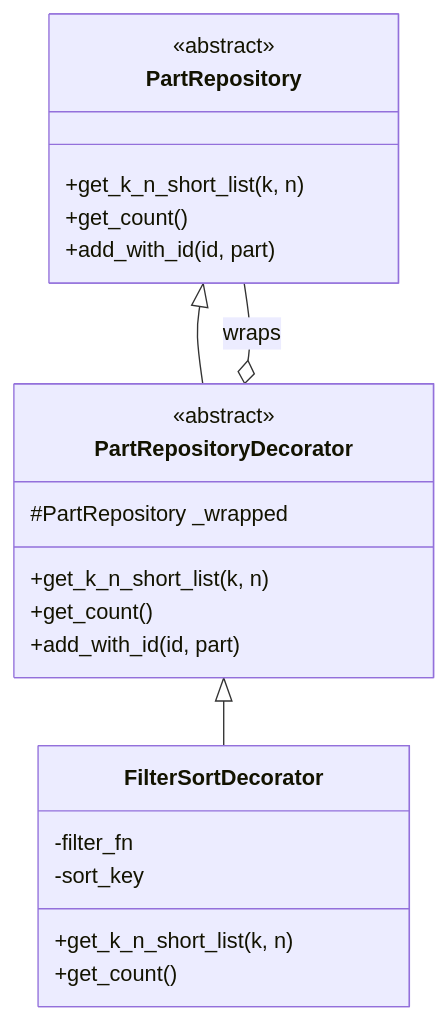
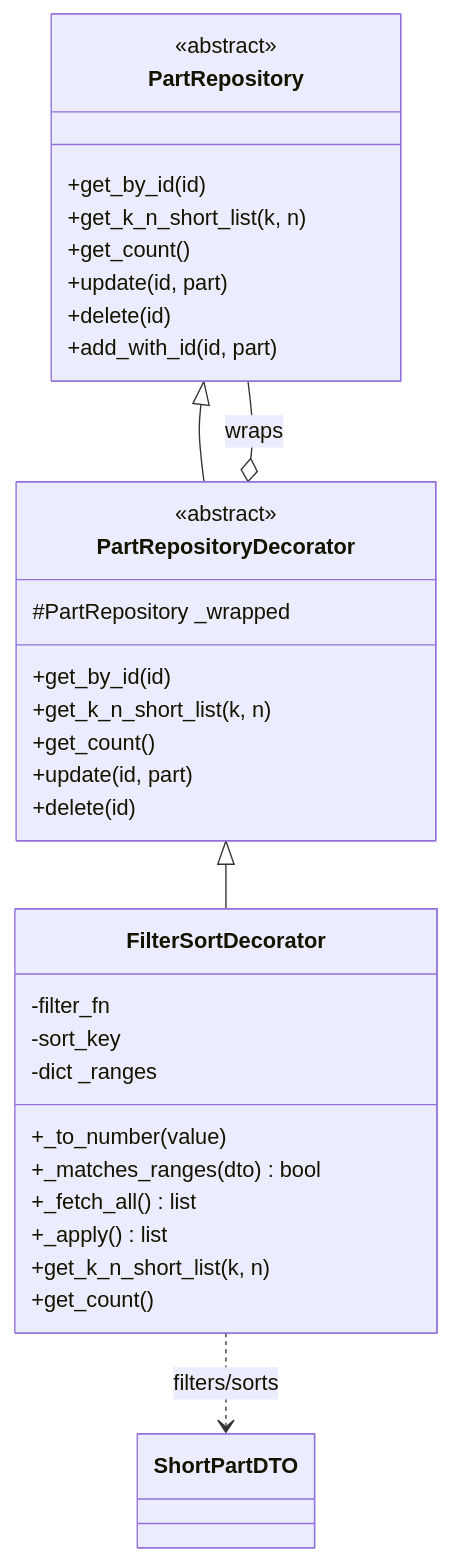
Before and after one commit to timxx21/lab2a: the sixth of 21 diagrams in README.md, drawn with Mermaid. The commit also changed other lines of this file, not shown here.

````diff
--- a/README.md
+++ b/README.md
@@ -290,25 +297,36 @@
 ```mermaid
 classDiagram
     class PartRepository {
         <<abstract>>
+        +get_by_id(id)
         +get_k_n_short_list(k, n)
         +get_count()
+        +update(id, part)
+        +delete(id)
         +add_with_id(id, part)
     }
     class PartRepositoryDecorator {
         <<abstract>>
         #PartRepository _wrapped
+        +get_by_id(id)
         +get_k_n_short_list(k, n)
         +get_count()
-        +add_with_id(id, part)
+        +update(id, part)
+        +delete(id)
     }
     class FilterSortDecorator {
         -filter_fn
         -sort_key
+        -dict _ranges
+        +_to_number(value)
+        +_matches_ranges(dto) bool
+        +_fetch_all() list
+        +_apply() list
         +get_k_n_short_list(k, n)
         +get_count()
     }
     PartRepository <|-- PartRepositoryDecorator
     PartRepositoryDecorator <|-- FilterSortDecorator
     PartRepositoryDecorator o-- PartRepository : wraps
+    FilterSortDecorator ..> ShortPartDTO : filters/sorts
 ```
````
